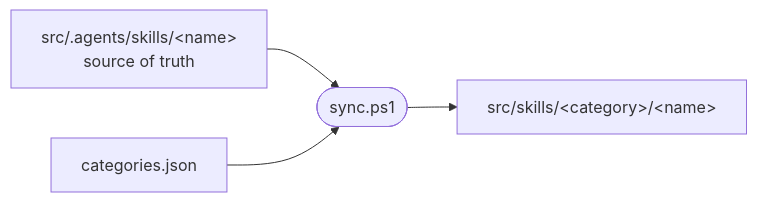
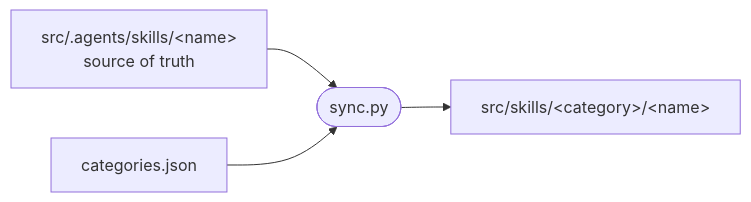
Before and after one commit to frostehhh/ai-tools: the diagram in tools/linkSkills/README.md, drawn with Mermaid. The commit also changed other lines of this file and 12 other files, not shown here.

````diff
--- a/tools/linkSkills/README.md
+++ b/tools/linkSkills/README.md
@@ -9,6 +9,6 @@
 ```mermaid
 flowchart LR
-  A["src/.agents/skills/&lt;name&gt;<br/>source of truth"] --> S(["sync.ps1"])
+  A["src/.agents/skills/&lt;name&gt;<br/>source of truth"] --> S(["sync.py"])
   M["categories.json"] --> S
   S --> C["src/skills/&lt;category&gt;/&lt;name&gt;"]
 ```
````
